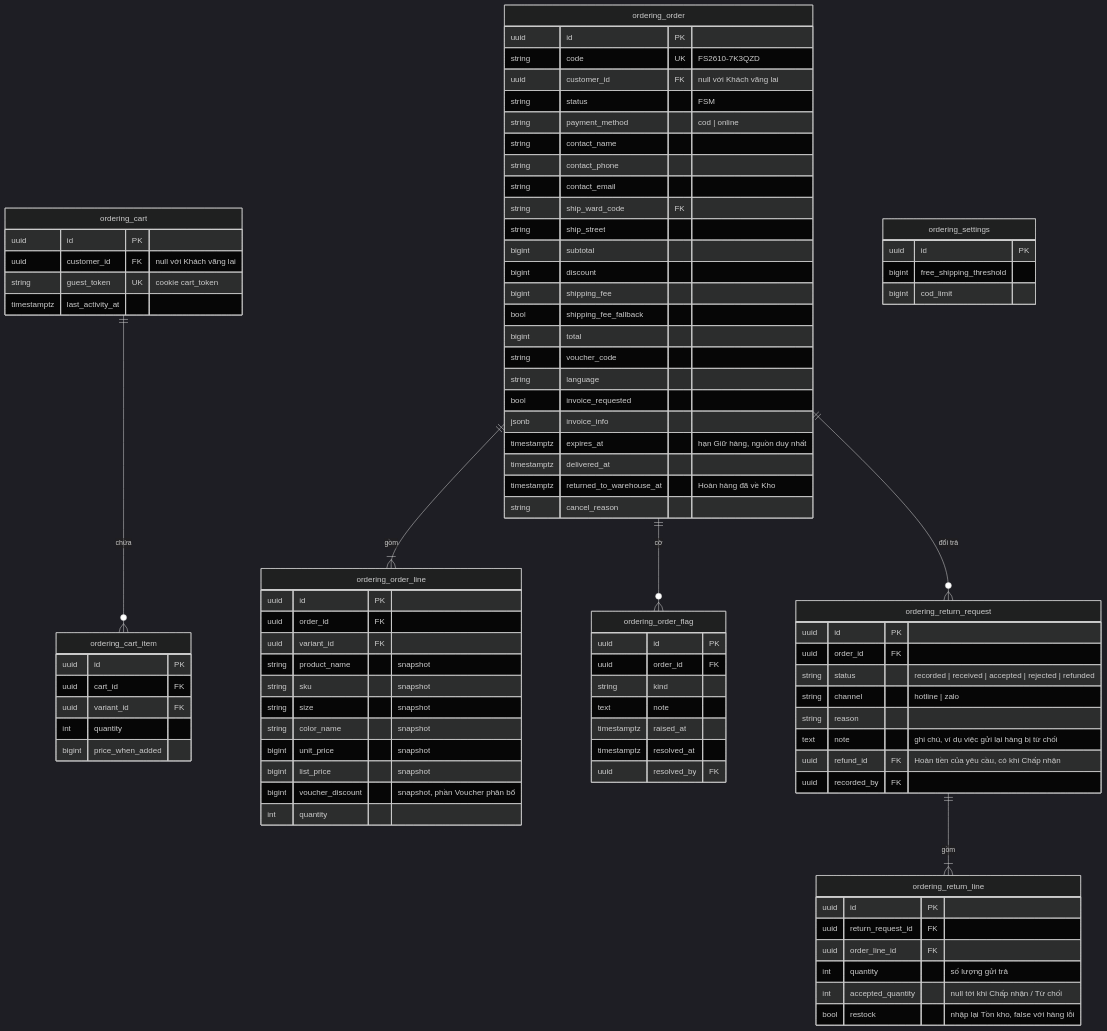
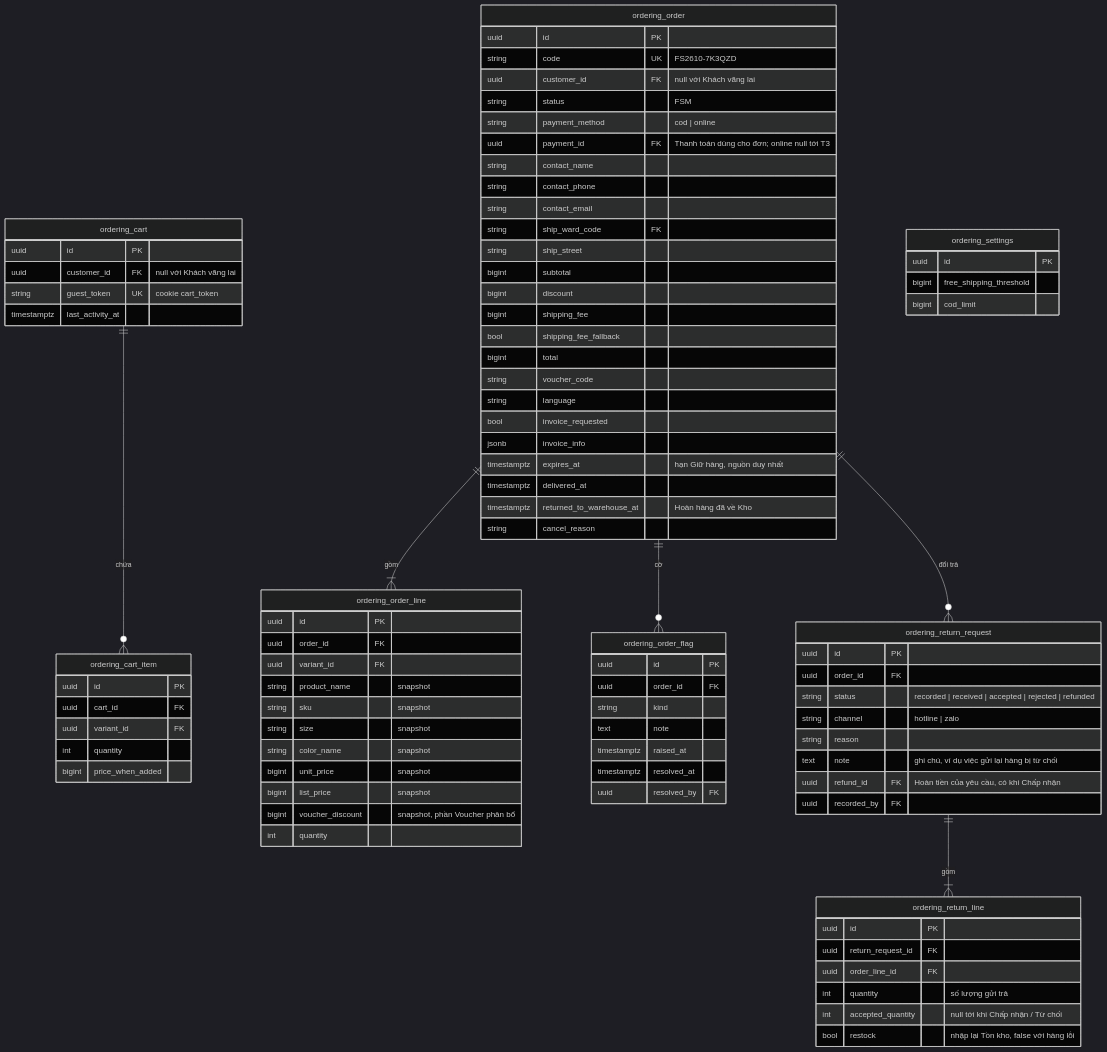
Before and after one commit to LuongCongThanh/boilerplate-ecommerce-next-16: the eighth of 9 diagrams in docs/architecture/03-data-model.md, drawn with Mermaid (dark theme). The commit also changed other lines of this file and 24 other files, not shown here.

Commit message:
docs: refine backend architecture and recovery contracts

```diff
--- a/docs/architecture/03-data-model.md
+++ b/docs/architecture/03-data-model.md
@@ -407,6 +461,7 @@
         uuid customer_id FK "null với Khách vãng lai"
         string status "FSM"
         string payment_method "cod | online"
+        uuid payment_id FK "Thanh toán dùng cho đơn; online null tới T3"
         string contact_name
         string contact_phone
         string contact_email
```
